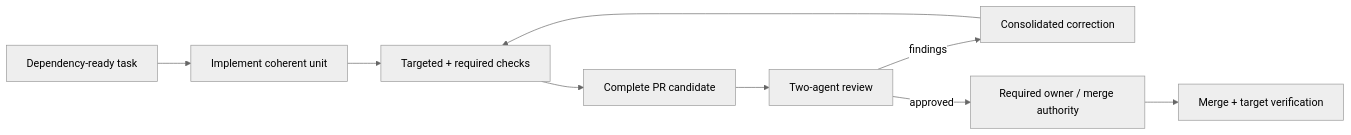
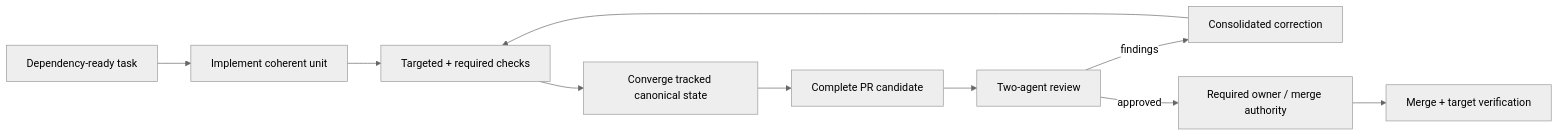
The sixth of 10 diagrams in README.md (hhhhhusky777/spec-driven-delivery-playbook), drawn with Mermaid (neutral theme) before and after one commit. The commit also changed other lines of this file and 9 other files, not shown here.

First line of the commit message:
Converge canonical state before final review (#77)

````diff
--- a/README.md
+++ b/README.md
@@ -236,11 +243,12 @@
 ```mermaid
 flowchart LR
     R["Dependency-ready task"] --> I["Implement coherent unit"]
     I --> T["Targeted + required checks"]
-    T --> PR["Complete PR candidate"]
+    T --> C["Converge tracked canonical state"]
+    C --> PR["Complete PR candidate"]
     PR --> A["Two-agent review"]
     A -->|"findings"| F["Consolidated correction"]
     F --> T
     A -->|"approved"| H["Required owner / merge authority"]
     H --> M["Merge + target verification"]
 ```
````
